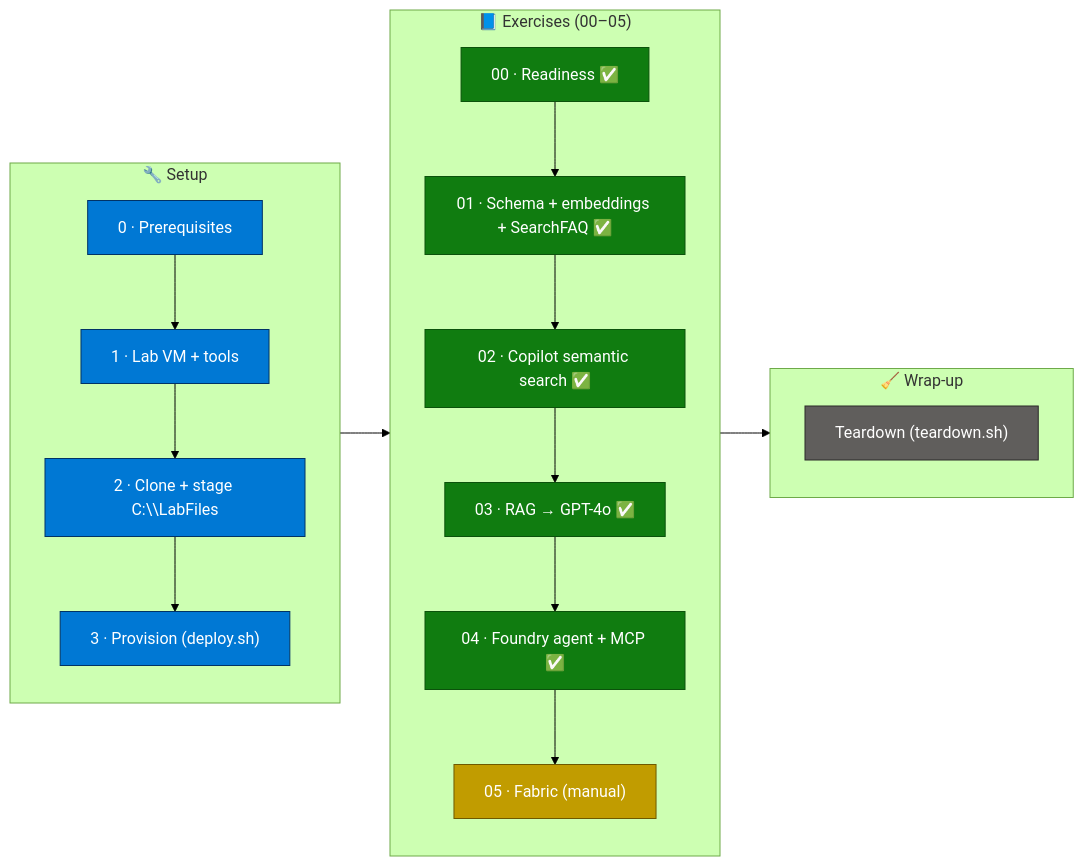
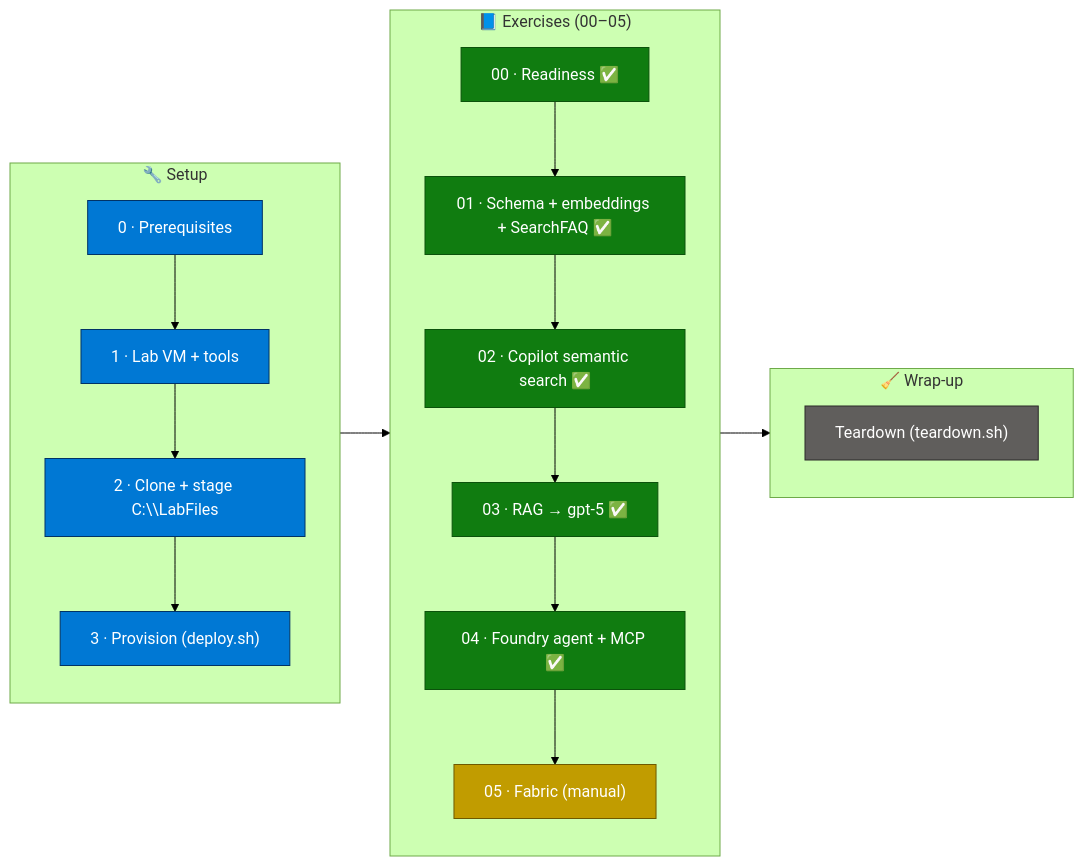
The first of 2 diagrams in README.md (ibranibeny/envlab513), drawn with Mermaid (forest theme) before and after one commit. The commit also changed other lines of this file and 2 other files, not shown here.

First line of the commit message:
Switch chat model to gpt-5 and pre-provision FAQ-Assistant-project

````diff
--- a/README.md
+++ b/README.md
@@ -11,21 +11,21 @@
 ```mermaid
 flowchart LR
     subgraph SETUP["🔧 Setup"]
         direction TB
         A["0 · Prerequisites"]:::prep --> B["1 · Lab VM + tools"]:::prep --> C["2 · Clone + stage C:\\LabFiles"]:::prep --> D["3 · Provision (deploy.sh)"]:::prep
     end
     subgraph EXERCISES["📘 Exercises (00–05)"]
         direction TB
-        E["00 · Readiness ✅"]:::ex --> F["01 · Schema + embeddings + SearchFAQ ✅"]:::ex --> G["02 · Copilot semantic search ✅"]:::ex --> H["03 · RAG → GPT-4o ✅"]:::ex --> I["04 · Foundry agent + MCP ✅"]:::ex --> J["05 · Fabric (manual)"]:::manual
+        E["00 · Readiness ✅"]:::ex --> F["01 · Schema + embeddings + SearchFAQ ✅"]:::ex --> G["02 · Copilot semantic search ✅"]:::ex --> H["03 · RAG → gpt-5 ✅"]:::ex --> I["04 · Foundry agent + MCP ✅"]:::ex --> J["05 · Fabric (manual)"]:::manual
     end
     subgraph WRAP["🧹 Wrap-up"]
         direction TB
         K["Teardown (teardown.sh)"]:::done
     end
     SETUP --> EXERCISES --> WRAP
 
     classDef prep fill:#0078D4,stroke:#003366,color:#fff;
     classDef ex fill:#107C10,stroke:#0B520B,color:#fff;
     classDef manual fill:#C19C00,stroke:#6E5900,color:#fff;
     classDef done fill:#605E5C,stroke:#2B2A29,color:#fff;
 ```
````
